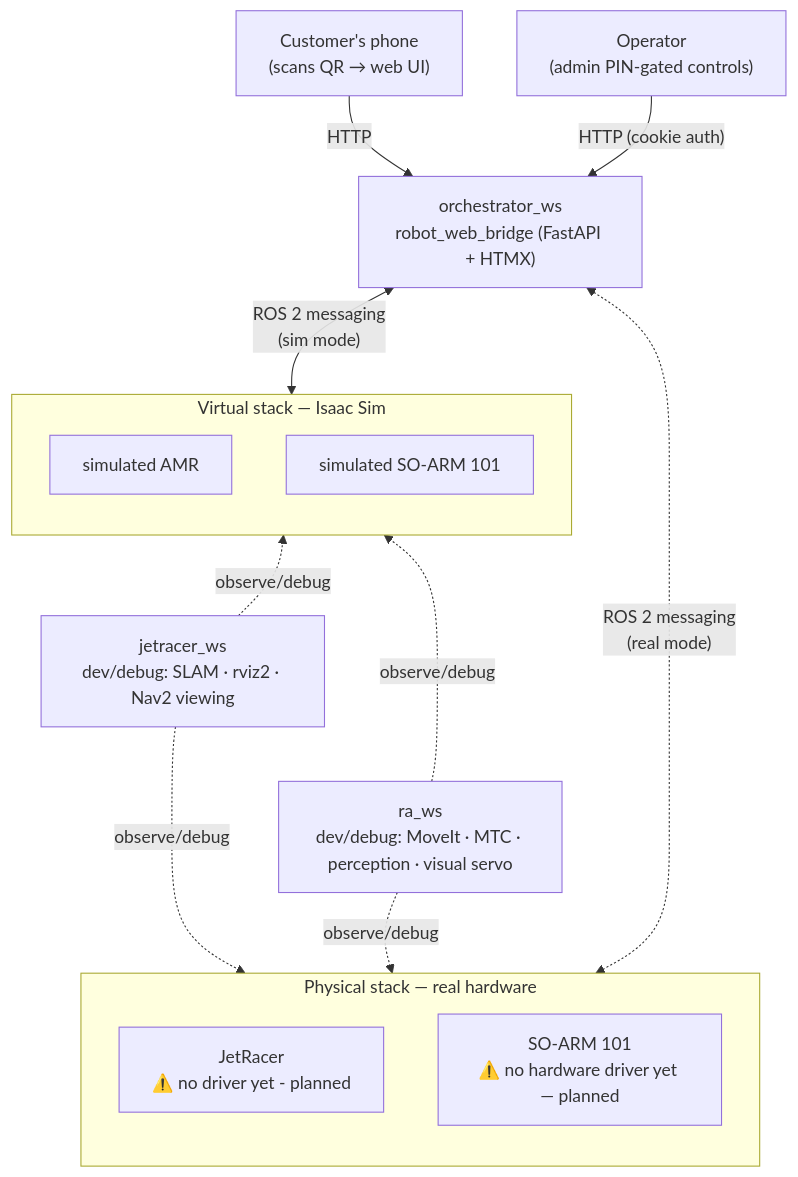
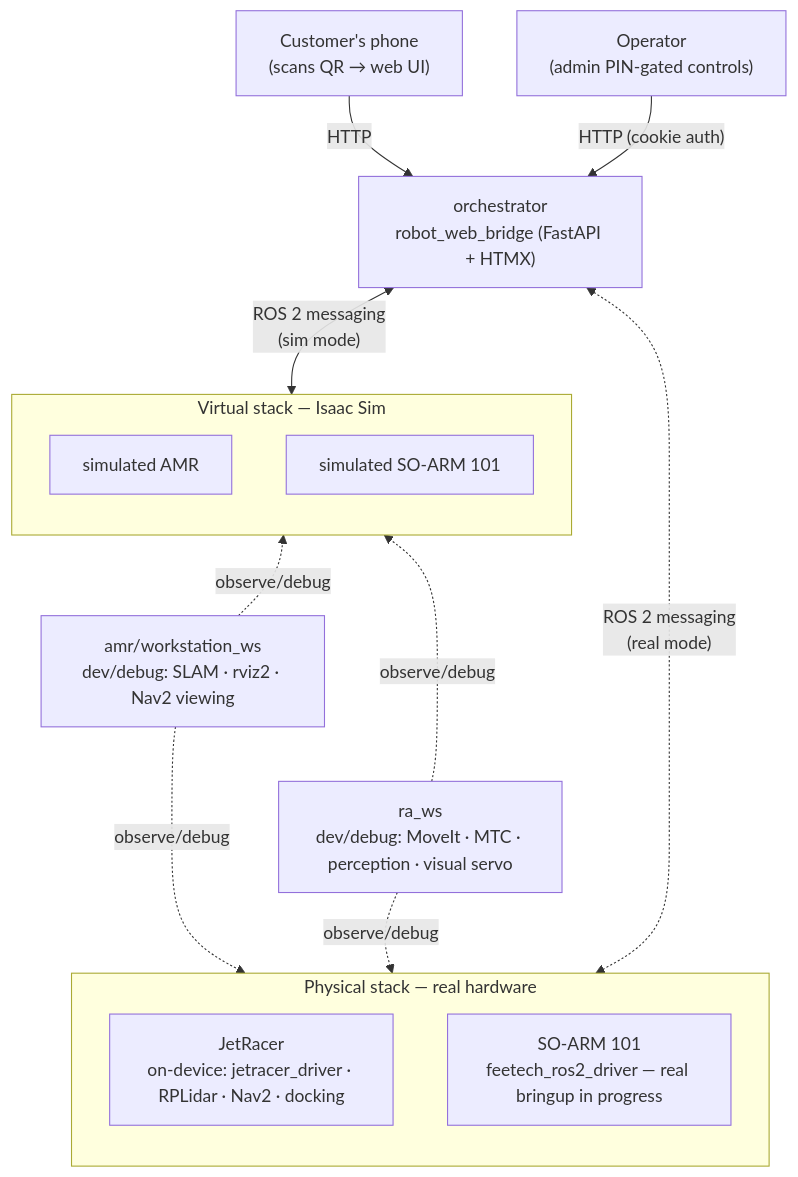
The diagram in README.md (blueocvn/BlueOC-Robotics-Research-and-Development), drawn with Mermaid before and after one commit. The commit also changed other lines of this file and 4 other files, not shown here.

Commit message:
Docs: add RA hardware-bringup

````diff
--- a/README.md
+++ b/README.md
@@ -40,28 +40,28 @@
 ```mermaid
 ---
 config:
   layout: dagre
 ---
 flowchart TB
  subgraph Virtual["Virtual stack — Isaac Sim"]
     direction TB
         AMR_sim["simulated AMR"]
         RA_sim["simulated SO-ARM 101"]
   end
  subgraph Physical["Physical stack — real hardware"]
     direction TD
-        AMR_real["JetRacer<br>⚠️ no driver yet - planned"]
-        RA_real["SO-ARM 101<br>⚠️ no hardware driver yet — planned"]
+        AMR_real["JetRacer<br>on-device: jetracer_driver · RPLidar · Nav2 · docking"]
+        RA_real["SO-ARM 101<br>feetech_ros2_driver — real bringup in progress"]
   end
-    User@{ label: "Customer's phone<br>(scans QR → web UI)" } -- HTTP --> Orchestrator["orchestrator_ws<br>robot_web_bridge (FastAPI + HTMX)"]
+    User@{ label: "Customer's phone<br>(scans QR → web UI)" } -- HTTP --> Orchestrator["orchestrator<br>robot_web_bridge (FastAPI + HTMX)"]
     Operator["Operator<br>(admin PIN-gated controls)"] -- HTTP (cookie auth) --> Orchestrator
     Orchestrator <-- ROS 2 messaging<br>(sim mode) --> Virtual
-    Virtual ~~~ Debug_AMR["jetracer_ws<br>dev/debug: SLAM · rviz2 · Nav2 viewing"]
+    Virtual ~~~ Debug_AMR["amr/workstation_ws<br>dev/debug: SLAM · rviz2 · Nav2 viewing"]
     Debug_AMR ~~~ Debug_RA["ra_ws<br>dev/debug: MoveIt · MTC · perception · visual servo"]
     Debug_AMR -. observe/debug .-> AMR_sim & AMR_real
     Debug_RA -. observe/debug .-> RA_sim & RA_real
     Debug_RA ~~~ Physical
     Orchestrator <-. ROS 2 messaging<br>(real mode) .-> Physical
 
     User@{ shape: rect}
 ```
````
